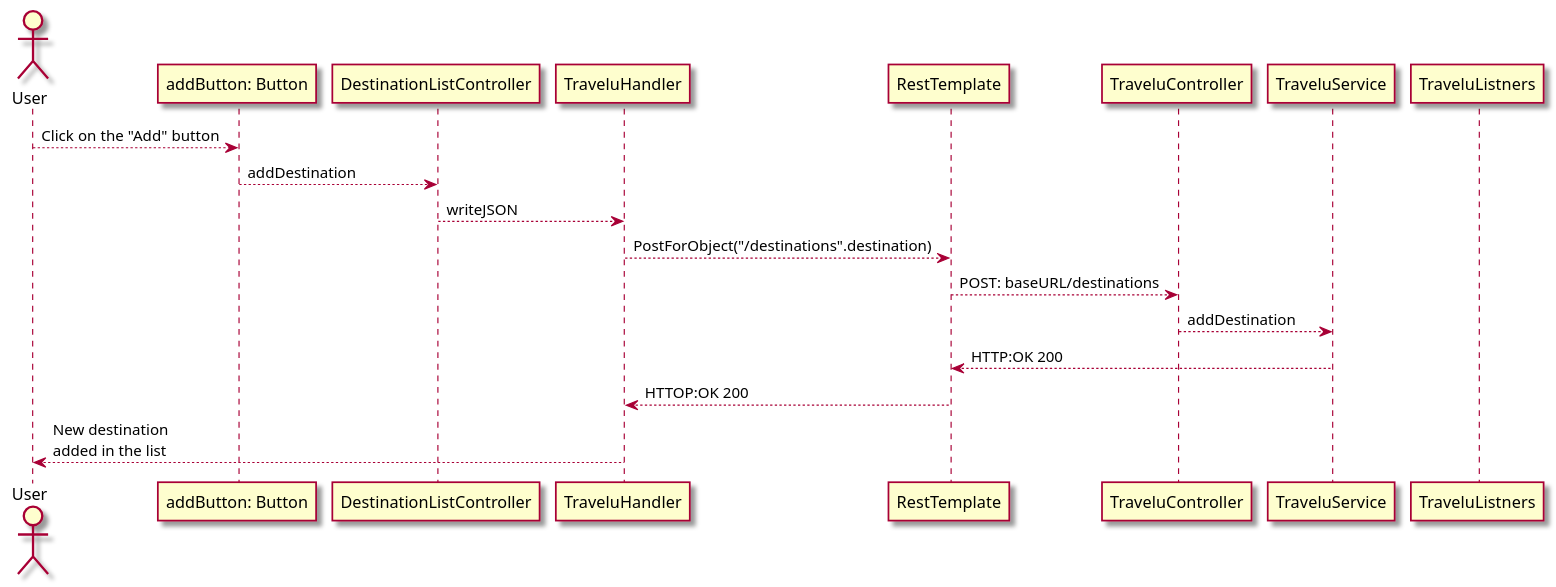
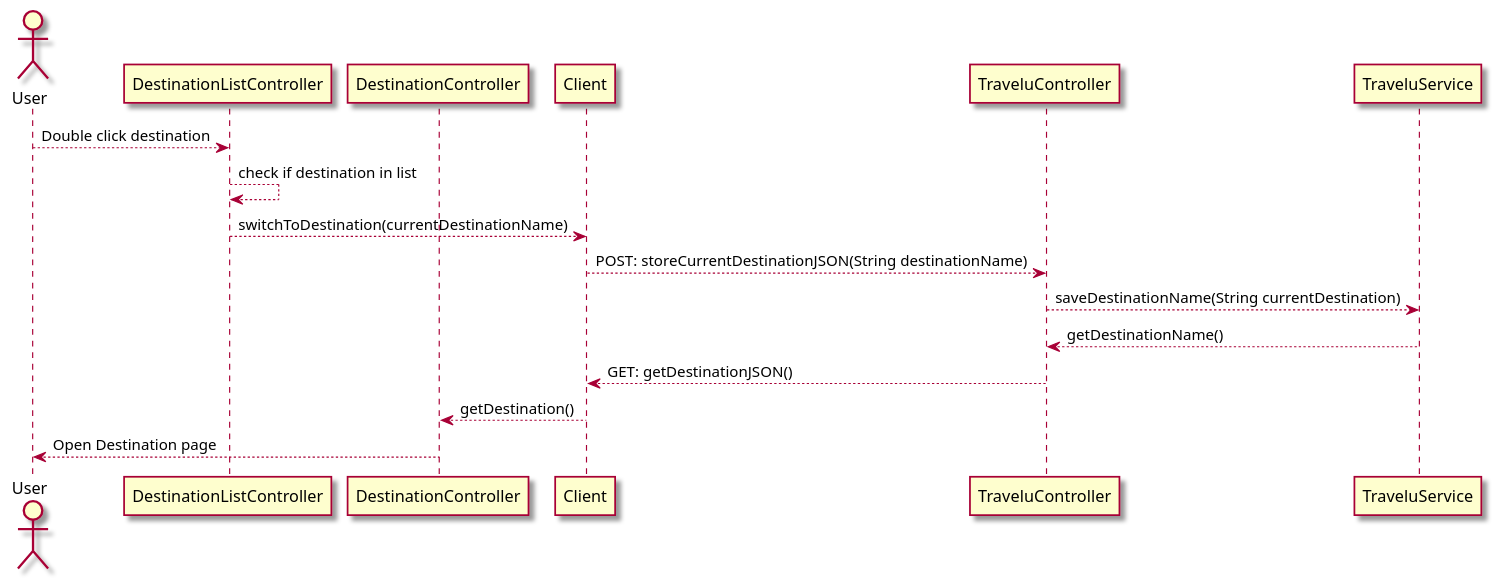
The diagram in docs/sequenceDiagram.plantuml (tbwiik/Travelu), drawn with PlantUML before and after one commit.

Commit message:
docs: create sequence diagram for user scenario

```diff
--- a/docs/sequenceDiagram.plantuml
+++ b/docs/sequenceDiagram.plantuml
@@ -1,23 +1,20 @@
 @startuml sequenceDiagram
 skin rose
 actor User as user
-participant "addButton: Button" as addButton
 participant "DestinationListController" as destListCon
-participant "TraveluHandler" as persistence
-participant "RestTemplate" as rest
+participant "DestinationController" as destCon
+participant "Client" as client
 participant "TraveluController" as tcon
 participant "TraveluService" as tser
-participant "TraveluListners" as tlist 
-' maybe add this to the diagram
 
-user --> addButton : Click on the "Add" button
-addButton --> destListCon : addDestination
-destListCon --> persistence : writeJSON
-persistence --> rest : PostForObject("/destinations".destination)
-rest --> tcon : POST: baseURL/destinations
-tcon --> tser : addDestination
-tser --> rest : HTTP:OK 200
-rest --> persistence : HTTOP:OK 200
-persistence --> user : New destination \nadded in the list
+user --> destListCon : Double click destination
+destListCon --> destListCon : check if destination in list
+destListCon --> client : switchToDestination(currentDestinationName)
+client --> tcon : POST: storeCurrentDestinationJSON(String destinationName)
+tcon --> tser : saveDestinationName(String currentDestination)
+tser --> tcon : getDestinationName()    
+tcon --> client : GET: getDestinationJSON()
+client --> destCon: getDestination()  
+destCon --> user : Open Destination page
 
 @enduml
```
